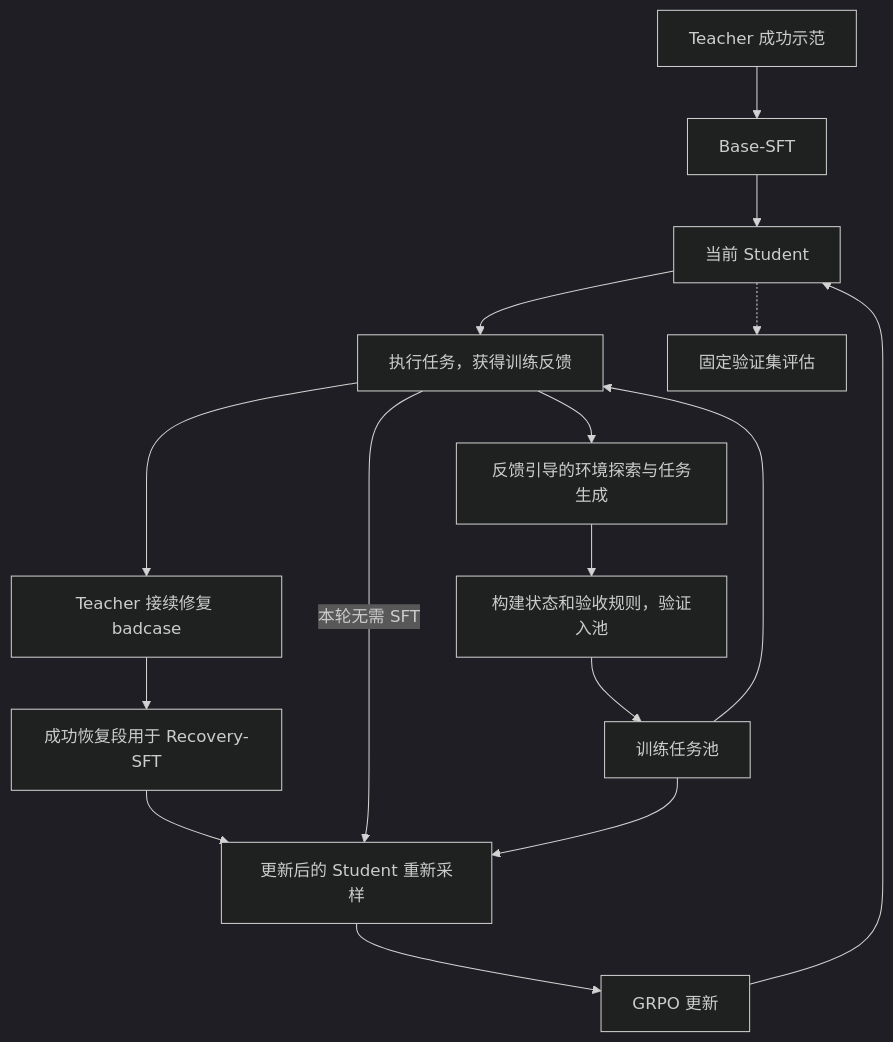
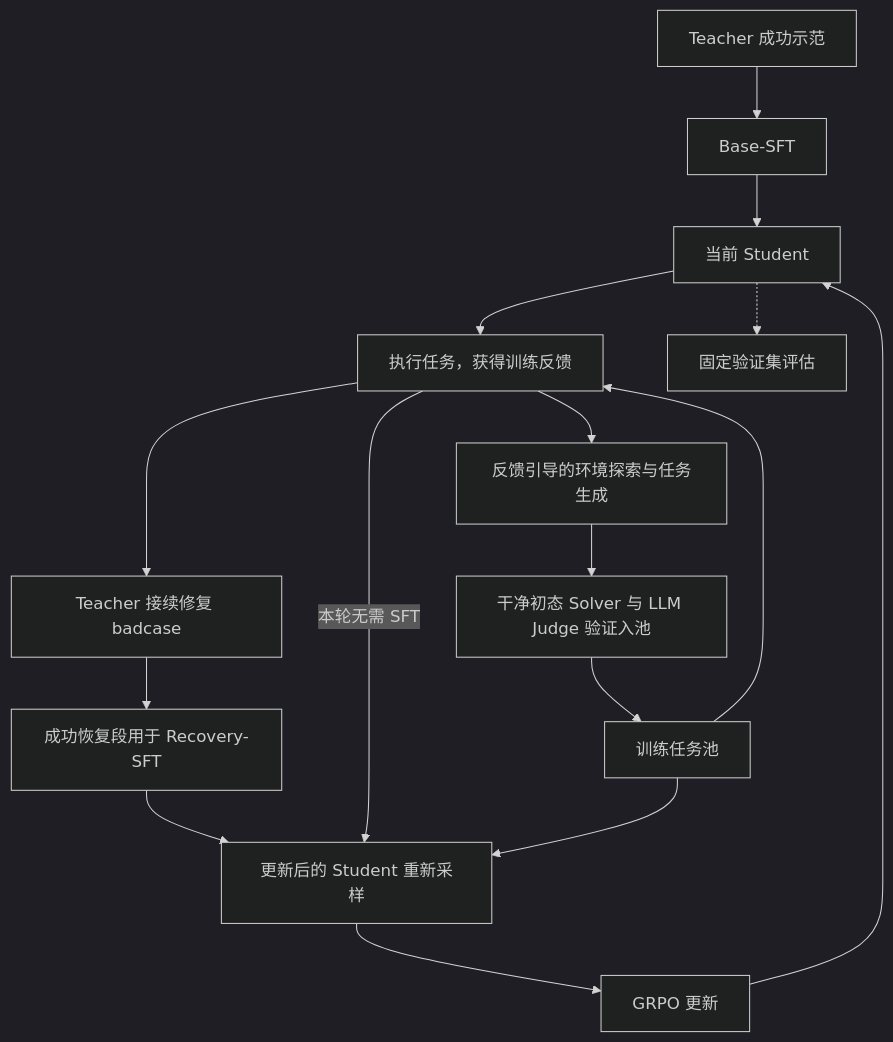
Before and after one commit to WYXeva/RecoverAgent-RL: the diagram in project.md, drawn with Mermaid (dark theme). The commit also changed other lines of this file and 32 other files, not shown here.

````diff
--- a/project.md
+++ b/project.md
@@ -49,18 +31,18 @@
 ```mermaid
 flowchart TD
     A["Teacher 成功示范"] --> B["Base-SFT"]
     B --> M["当前 Student"]
     P["训练任务池"] --> R["执行任务，获得训练反馈"]
     M --> R
     R --> C["反馈引导的环境探索与任务生成"]
-    C --> V["构建状态和验收规则，验证入池"]
+    C --> V["干净初态 Solver 与 LLM Judge 验证入池"]
     V --> P
     R --> T["Teacher 接续修复 badcase"]
     T --> S["成功恢复段用于 Recovery-SFT"]
     S --> G["更新后的 Student 重新采样"]
     R -->|本轮无需 SFT| G
     P --> G
     G --> U["GRPO 更新"]
     U --> M
     M -.-> E["固定验证集评估"]
 ```
````
